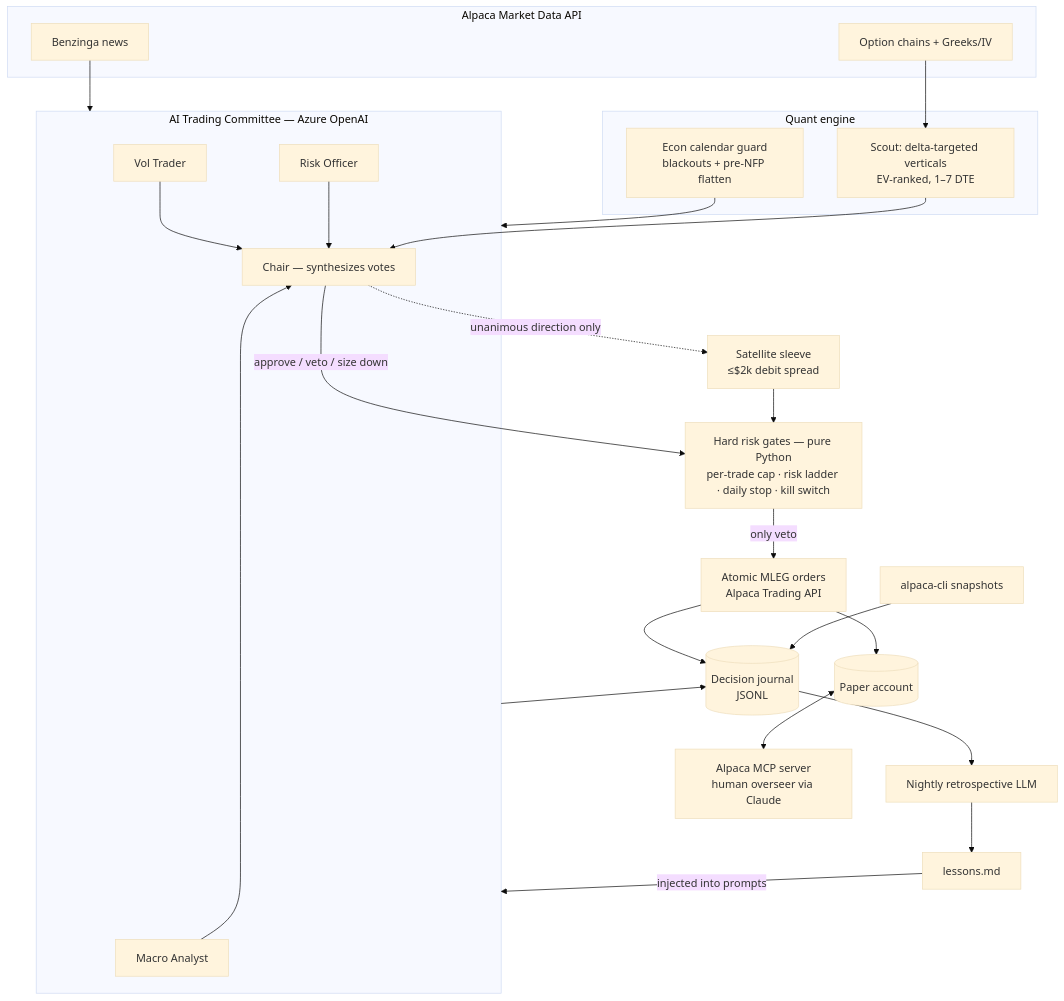
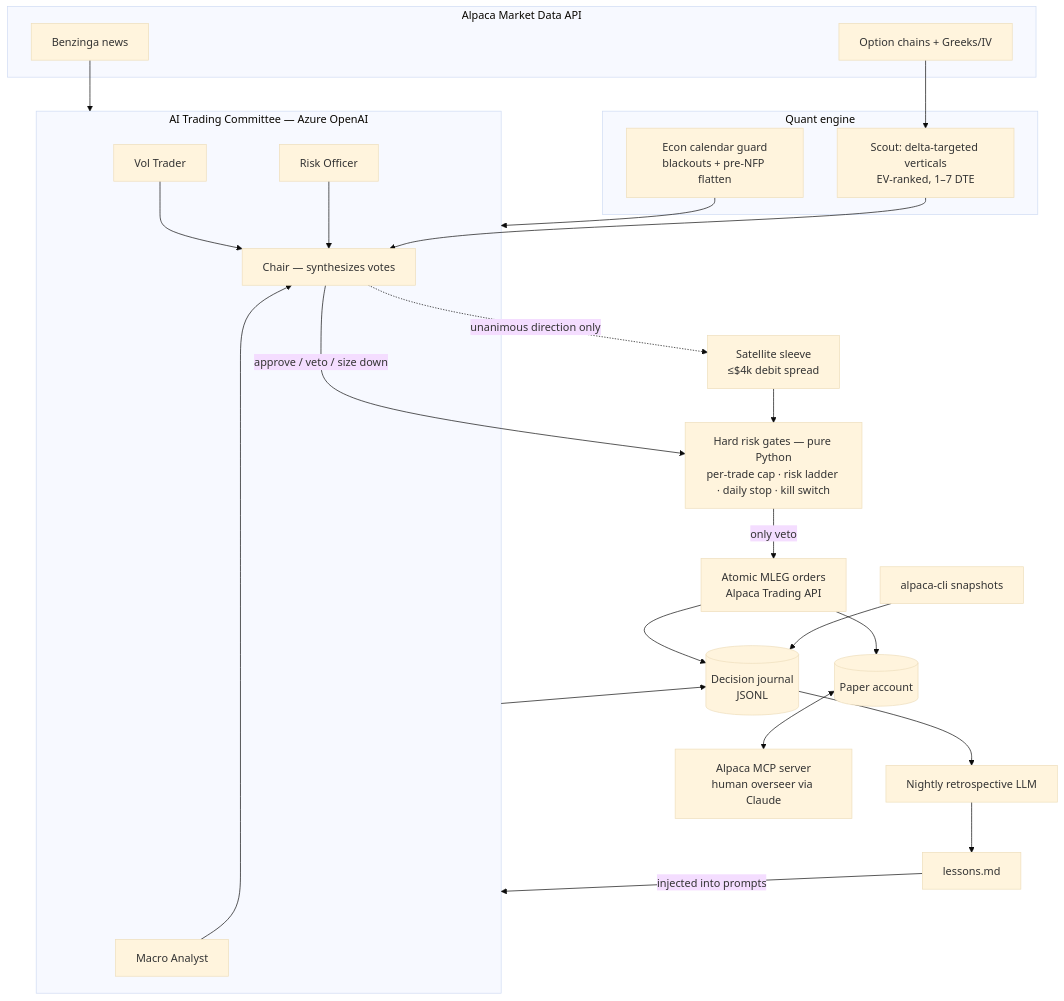
Before and after one commit to rogerdemello/theta-shepherd: the diagram in README.md, drawn with Mermaid (base theme). The commit also changed other lines of this file and 11 other files, not shown here.

````diff
--- a/README.md
+++ b/README.md
@@ -39,41 +39,41 @@
 ```mermaid
 flowchart TB
     subgraph data[Alpaca Market Data API]
         CH[Option chains + Greeks/IV]
         NW[Benzinga news]
     end
     subgraph engine[Quant engine]
         SC[Scout: delta-targeted verticals<br/>EV-ranked, 1–7 DTE]
         CAL[Econ calendar guard<br/>blackouts + pre-NFP flatten]
     end
     subgraph committee[AI Trading Committee — Azure OpenAI]
         MA[Macro Analyst]
         VT[Vol Trader]
         RO[Risk Officer]
         CHAIR[Chair — synthesizes votes]
         MA --> CHAIR
         VT --> CHAIR
         RO --> CHAIR
     end
     RG[Hard risk gates — pure Python<br/>per-trade cap · risk ladder · daily stop · kill switch]
     EX[Atomic MLEG orders<br/>Alpaca Trading API]
     J[(Decision journal<br/>JSONL)]
     RETRO[Nightly retrospective LLM]
     LESS[lessons.md]
     CLI[alpaca-cli snapshots]
     MCP[Alpaca MCP server<br/>human overseer via Claude]
     ACCT[(Paper account)]
 
     CH --> SC --> CHAIR
     NW --> committee
     CAL --> committee
     CHAIR -->|approve / veto / size down| RG
-    CHAIR -.->|unanimous direction only| SAT[Satellite sleeve<br/>≤$2k debit spread]
+    CHAIR -.->|unanimous direction only| SAT[Satellite sleeve<br/>≤$4k debit spread]
     SAT --> RG
     RG -->|only veto| EX --> ACCT
     EX --> J
     committee --> J
     J --> RETRO --> LESS -->|injected into prompts| committee
     CLI --> J
     ACCT <--> MCP
 ```
````
